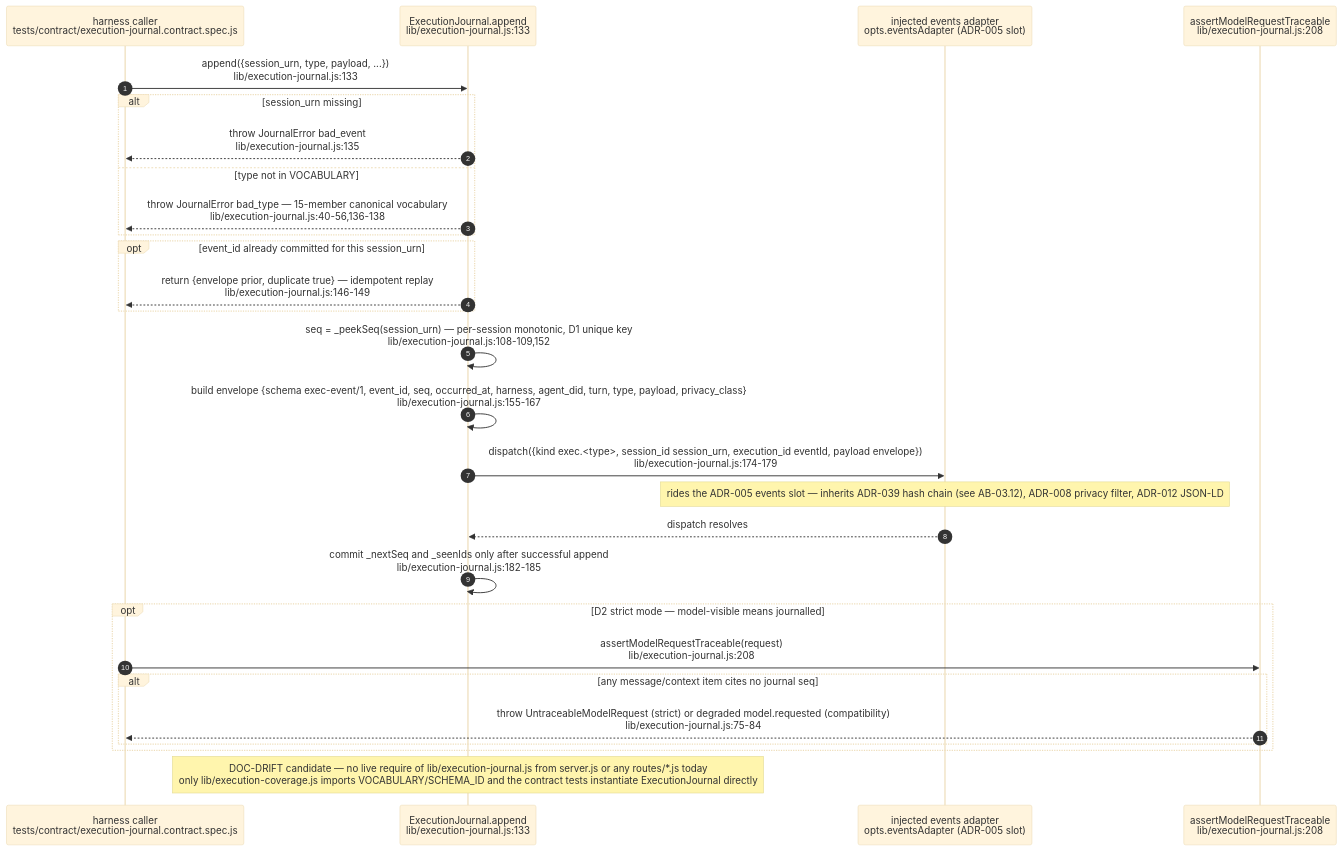
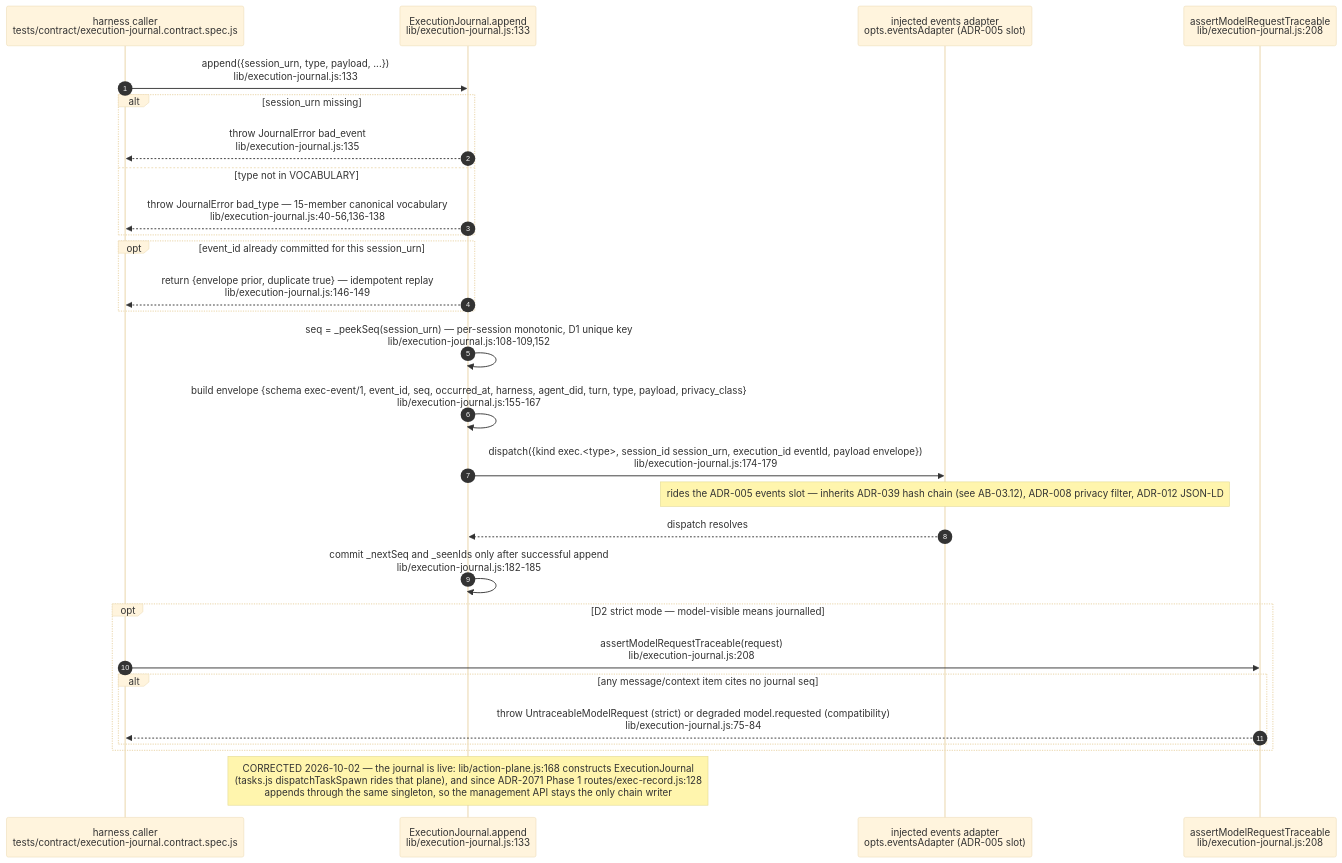
One commit to DreamLab-AI/VisionFlow changed diagram 14 of 17 in docs/diagrams/agentbox/03-management-api-request-lifecycle.md. Above: the diagram before and after it, drawn with Mermaid (base theme). The commit also changed other lines of this file and 94 other files, not shown here.

First line of the commit message:
docs(diagrams): re-verify 130 topics against 2 October HEADs

````diff
--- a/docs/diagrams/agentbox/03-management-api-request-lifecycle.md
+++ b/docs/diagrams/agentbox/03-management-api-request-lifecycle.md
@@ -533,31 +533,31 @@
 ```mermaid
 sequenceDiagram
     autonumber
     participant Caller as harness caller<br/>tests/contract/execution-journal.contract.spec.js
     participant J as ExecutionJournal.append<br/>lib/execution-journal.js:133
     participant Ev as injected events adapter<br/>opts.eventsAdapter (ADR-005 slot)
     participant M as assertModelRequestTraceable<br/>lib/execution-journal.js:208
 
     Caller->>J: append({session_urn, type, payload, ...})<br/>lib/execution-journal.js:133
     alt session_urn missing
         J-->>Caller: throw JournalError bad_event<br/>lib/execution-journal.js:135
     else type not in VOCABULARY
         J-->>Caller: throw JournalError bad_type — 15-member canonical vocabulary<br/>lib/execution-journal.js:40-56,136-138
     end
     opt event_id already committed for this session_urn
         J-->>Caller: return {envelope prior, duplicate true} — idempotent replay<br/>lib/execution-journal.js:146-149
     end
     J->>J: seq = _peekSeq(session_urn) — per-session monotonic, D1 unique key<br/>lib/execution-journal.js:108-109,152
     J->>J: build envelope {schema exec-event/1, event_id, seq, occurred_at, harness, agent_did, turn, type, payload, privacy_class}<br/>lib/execution-journal.js:155-167
     J->>Ev: dispatch({kind exec.<type>, session_id session_urn, execution_id eventId, payload envelope})<br/>lib/execution-journal.js:174-179
     Note over Ev: rides the ADR-005 events slot — inherits ADR-039 hash chain (see AB-03.12), ADR-008 privacy filter, ADR-012 JSON-LD
     Ev-->>J: dispatch resolves
     J->>J: commit _nextSeq and _seenIds only after successful append<br/>lib/execution-journal.js:182-185
     opt D2 strict mode — model-visible means journalled
         Caller->>M: assertModelRequestTraceable(request)<br/>lib/execution-journal.js:208
         alt any message/context item cites no journal seq
             M-->>Caller: throw UntraceableModelRequest (strict) or degraded model.requested (compatibility)<br/>lib/execution-journal.js:75-84
         end
     end
-    Note over J: DOC-DRIFT candidate — no live require of lib/execution-journal.js from server.js or any routes/*.js today<br/>only lib/execution-coverage.js imports VOCABULARY/SCHEMA_ID and the contract tests instantiate ExecutionJournal directly
+    Note over J: CORRECTED 2026-10-02 — the journal is live: lib/action-plane.js:168 constructs ExecutionJournal<br/>(tasks.js dispatchTaskSpawn rides that plane), and since ADR-2071 Phase 1 routes/exec-record.js:128<br/>appends through the same singleton, so the management API stays the only chain writer
 ```
````
